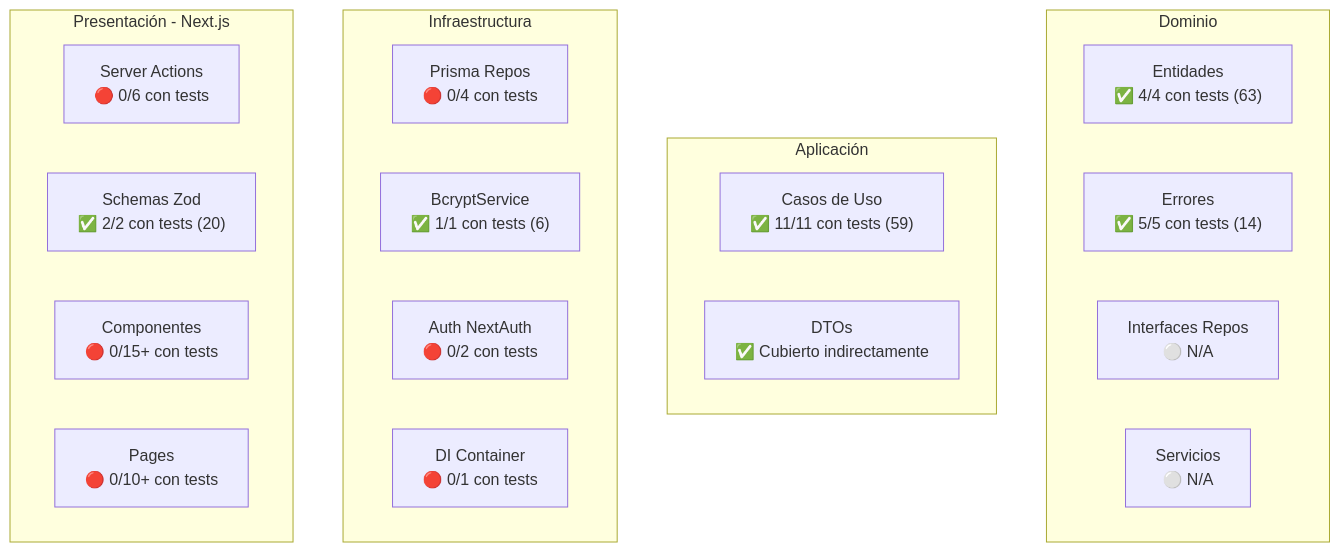
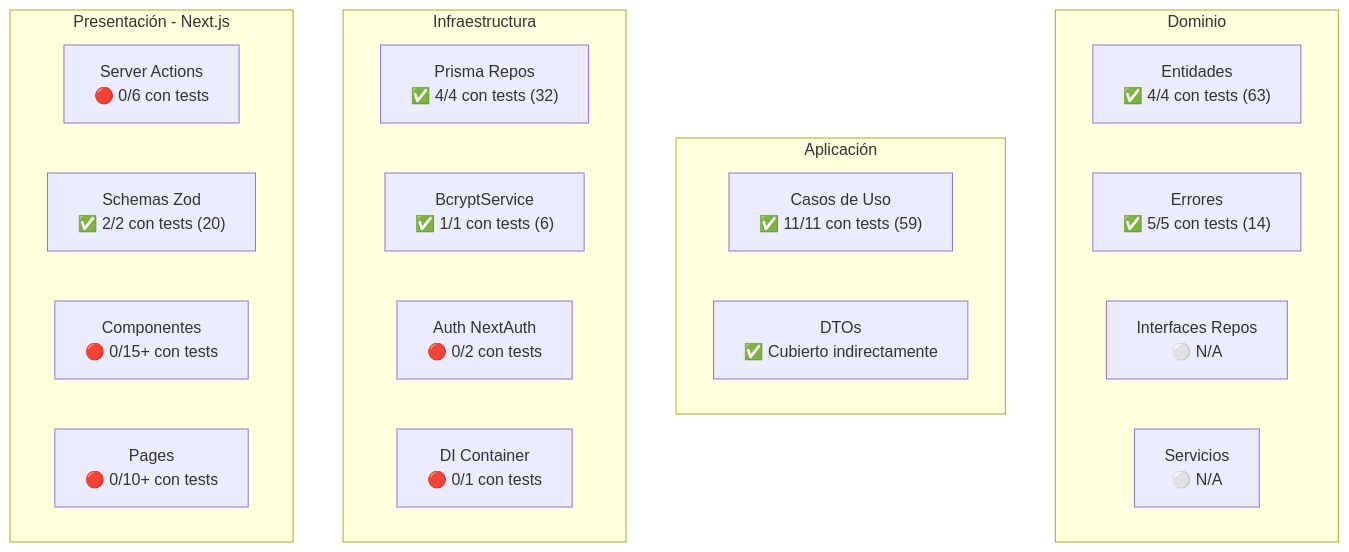
Before and after one commit to josepascual21/sendanipona: the diagram in docs/auditoria_testing.md, drawn with Mermaid. The commit also changed other lines of this file and 4 other files, not shown here.

````diff
--- a/docs/auditoria_testing.md
+++ b/docs/auditoria_testing.md
@@ -175,28 +196,28 @@
 ```mermaid
 graph TB
     subgraph "Dominio"
         E["Entidades<br/>✅ 4/4 con tests (63)"]
         ER["Errores<br/>✅ 5/5 con tests (14)"]
         R["Interfaces Repos<br/>⚪ N/A"]
         S["Servicios<br/>⚪ N/A"]
     end
 
     subgraph "Aplicación"
         UC["Casos de Uso<br/>✅ 11/11 con tests (59)"]
         D["DTOs<br/>✅ Cubierto indirectamente"]
     end
 
     subgraph "Infraestructura"
-        PR["Prisma Repos<br/>🔴 0/4 con tests"]
+        PR["Prisma Repos<br/>✅ 4/4 con tests (32)"]
         PS["BcryptService<br/>✅ 1/1 con tests (6)"]
         AU["Auth NextAuth<br/>🔴 0/2 con tests"]
         DI["DI Container<br/>🔴 0/1 con tests"]
     end
 
     subgraph "Presentación - Next.js"
         SA["Server Actions<br/>🔴 0/6 con tests"]
         SC["Schemas Zod<br/>✅ 2/2 con tests (20)"]
         CO["Componentes<br/>🔴 0/15+ con tests"]
         PA["Pages<br/>🔴 0/10+ con tests"]
     end
 ```
````
